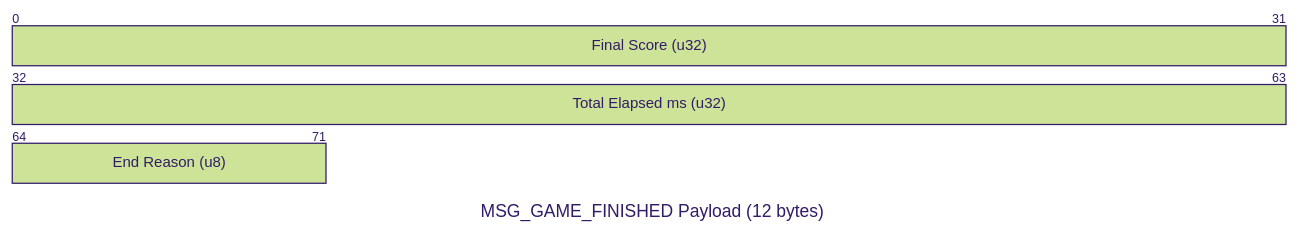
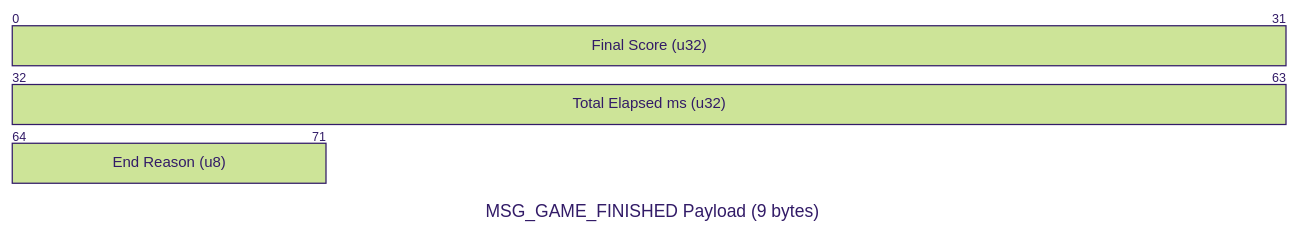
Before and after one commit to rafaelurben/raspberry-pi-pico-schlagzaehler: diagram 16 of 20 in docs/protocol.md, drawn with Mermaid (forest theme). The commit also changed other lines of this file and 40 other files, not shown here.

````diff
--- a/docs/protocol.md
+++ b/docs/protocol.md
@@ -456,9 +456,9 @@
 ```mermaid
 ---
-title: "MSG_GAME_FINISHED Payload (12 bytes)"
+title: "MSG_GAME_FINISHED Payload (9 bytes)"
 ---
 packet
 0-31: "Final Score (u32)"
 32-63: "Total Elapsed ms (u32)"
 64-71: "End Reason (u8)"
 ```
````
